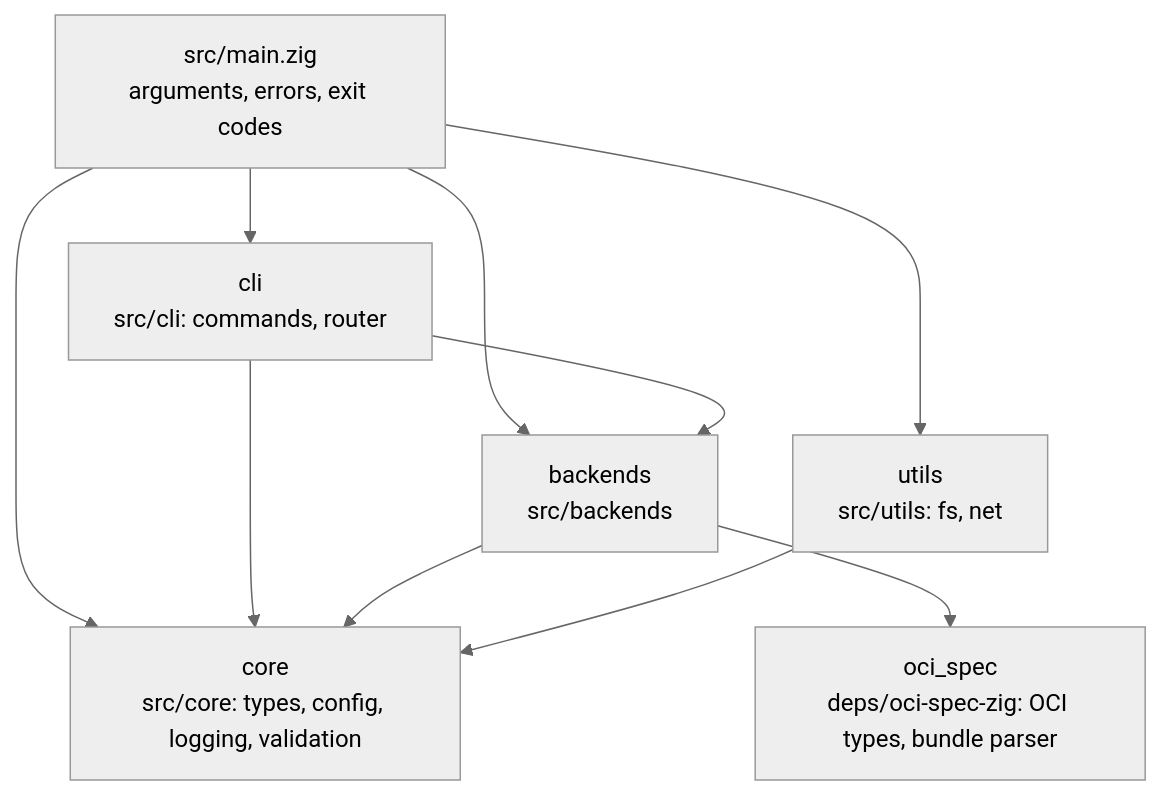
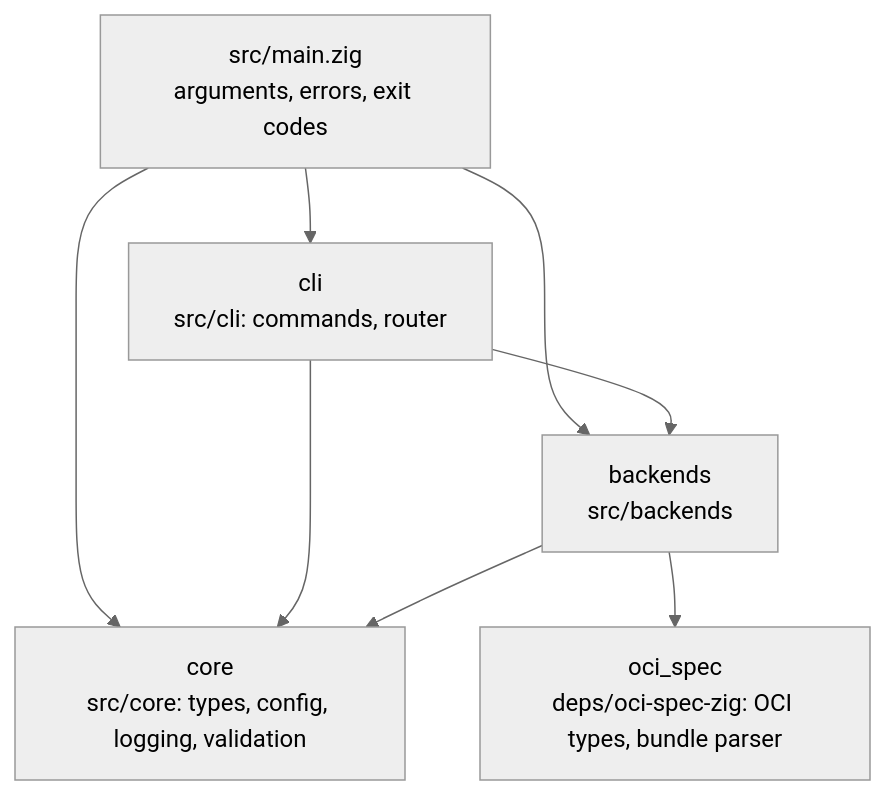
The diagram in docs/architecture/MODULES.md (CageForge/nexcage), drawn with Mermaid (neutral theme) before and after one commit. The commit also changed other lines of this file and 5 other files, not shown here.

````diff
--- a/docs/architecture/MODULES.md
+++ b/docs/architecture/MODULES.md
@@ -6,19 +6,16 @@
 ```mermaid
 flowchart TB
   main["src/main.zig<br/>arguments, errors, exit codes"]
   cli["cli<br/>src/cli: commands, router"]
   core["core<br/>src/core: types, config, logging, validation"]
   backends["backends<br/>src/backends"]
-  utils["utils<br/>src/utils: fs, net"]
   oci["oci_spec<br/>deps/oci-spec-zig: OCI types, bundle parser"]
 
   main --> cli
   main --> core
   main --> backends
-  main --> utils
   cli --> core
   cli --> backends
   backends --> core
   backends --> oci
-  utils --> core
 ```
````
